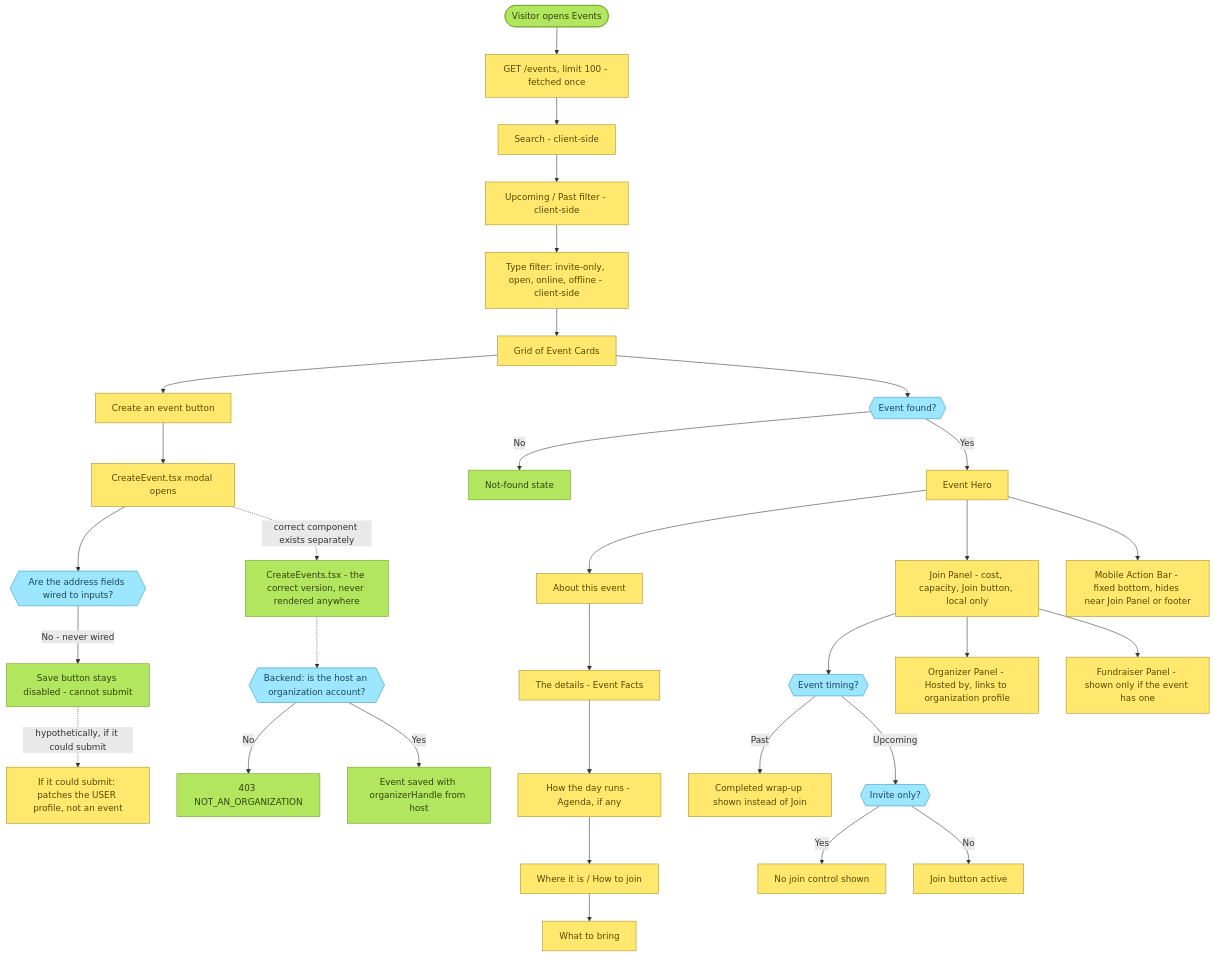
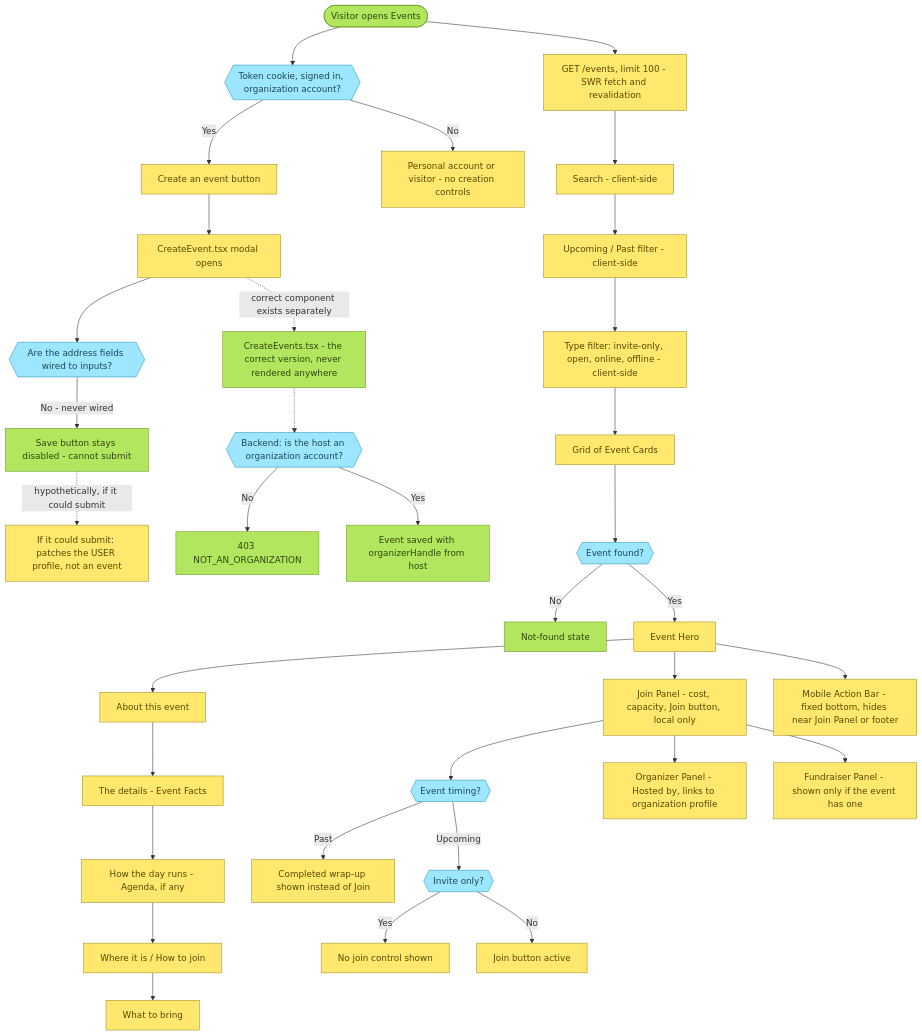
One commit to karmacircleCommunity/KarmaCircle changed the seventh of 7 diagrams in docs/specs/user-flows.md. Above: the diagram before and after it, drawn with Mermaid. The commit also changed other lines of this file and 62 other files, not shown here.

````diff
--- a/docs/specs/user-flows.md
+++ b/docs/specs/user-flows.md
@@ -250,71 +386,75 @@
 ```mermaid
 flowchart TD
     classDef general fill:#FFE86D,stroke:#A28E26,color:#574900
     classDef decision fill:#9CE6FF,stroke:#2C97BB,color:#1C4657
     classDef terminator fill:#B3E65F,stroke:#6E9A24,color:#2F440B
 
     e_start(["Visitor opens Events"]):::terminator
-    e_fetch["GET /events, limit 100 - fetched once"]:::general
+    e_fetch["GET /events, limit 100 - SWR fetch and revalidation"]:::general
     e_search["Search - client-side"]:::general
     e_time["Upcoming / Past filter - client-side"]:::general
     e_type["Type filter: invite-only, open, online, offline - client-side"]:::general
     e_grid["Grid of Event Cards"]:::general
+    e_access{{"Token cookie, signed in, organization account?"}}:::decision
+    e_browse["Personal account or visitor - no creation controls"]:::general
     e_create_btn["Create an event button"]:::general
     e_modal["CreateEvent.tsx modal opens"]:::general
     e_wired{{"Are the address fields wired to inputs?"}}:::decision
     e_disabled["Save button stays disabled - cannot submit"]:::terminator
     e_wrong["If it could submit: patches the USER profile, not an event"]:::general
     e_real["CreateEvents.tsx - the correct version, never rendered anywhere"]:::terminator
     e_backend{{"Backend: is the host an organization account?"}}:::decision
     e_rejected["403 NOT_AN_ORGANIZATION"]:::terminator
     e_saved["Event saved with organizerHandle from host"]:::terminator
     e_detail_fetch{{"Event found?"}}:::decision
     e_404["Not-found state"]:::terminator
     e_hero["Event Hero"]:::general
     e_about["About this event"]:::general
     e_facts["The details - Event Facts"]:::general
     e_agenda["How the day runs - Agenda, if any"]:::general
     e_location["Where it is / How to join"]:::general
     e_bring["What to bring"]:::general
     e_join["Join Panel - cost, capacity, Join button, local only"]:::general
     e_timing{{"Event timing?"}}:::decision
     e_completed["Completed wrap-up shown instead of Join"]:::general
     e_invite{{"Invite only?"}}:::decision
     e_nojoin["No join control shown"]:::general
     e_joinactive["Join button active"]:::general
     e_organizer["Organizer Panel - Hosted by, links to organization profile"]:::general
     e_fundraiser["Fundraiser Panel - shown only if the event has one"]:::general
     e_mobilebar["Mobile Action Bar - fixed bottom, hides near Join Panel or footer"]:::general
 
     e_start --> e_fetch
     e_fetch --> e_search
     e_search --> e_time
     e_time --> e_type
     e_type --> e_grid
-    e_grid --> e_create_btn
+    e_start --> e_access
+    e_access -->|"Yes"| e_create_btn
+    e_access -->|"No"| e_browse
     e_create_btn --> e_modal
     e_modal --> e_wired
     e_wired -->|"No - never wired"| e_disabled
     e_disabled -.->|"hypothetically, if it could submit"| e_wrong
     e_modal -.->|"correct component exists separately"| e_real
     e_real -.-> e_backend
     e_backend -->|"No"| e_rejected
     e_backend -->|"Yes"| e_saved
     e_grid --> e_detail_fetch
     e_detail_fetch -->|"No"| e_404
     e_detail_fetch -->|"Yes"| e_hero
     e_hero --> e_about
     e_about --> e_facts
     e_facts --> e_agenda
     e_agenda --> e_location
     e_location --> e_bring
     e_hero --> e_join
     e_join --> e_timing
     e_timing -->|"Past"| e_completed
     e_timing -->|"Upcoming"| e_invite
     e_invite -->|"Yes"| e_nojoin
     e_invite -->|"No"| e_joinactive
     e_join --> e_organizer
     e_join --> e_fundraiser
     e_hero --> e_mobilebar
 ```
````
